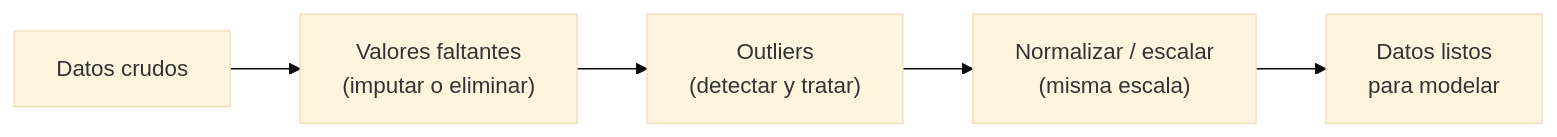
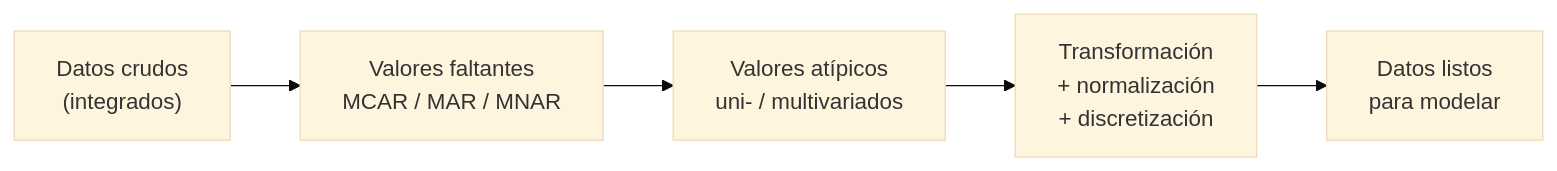
Before and after one commit to totogr/Tomas-Goncalves-Rei: the diagram in Materias/Ciencia de Datos/Guías de estudio/05 - Limpieza y normalización de datos.md, drawn with Mermaid (base theme). The commit also changed other lines of this file and 18 other files, not shown here.

````diff
--- a/Materias/Ciencia de Datos/Guías de estudio/05 - Limpieza y normalización de datos.md
+++ b/Materias/Ciencia de Datos/Guías de estudio/05 - Limpieza y normalización de datos.md
@@ -28,7 +28,7 @@
 ```mermaid
 flowchart LR
-    A["Datos crudos"] --> B["Valores faltantes<br/>(imputar o eliminar)"]
-    B --> C["Outliers<br/>(detectar y tratar)"]
-    C --> D["Normalizar / escalar<br/>(misma escala)"]
+    A["Datos crudos<br/>(integrados)"] --> B["Valores faltantes<br/>MCAR / MAR / MNAR"]
+    B --> C["Valores atípicos<br/>uni- / multivariados"]
+    C --> D["Transformación<br/>+ normalización<br/>+ discretización"]
     D --> E["Datos listos<br/>para modelar"]
 ```
````
